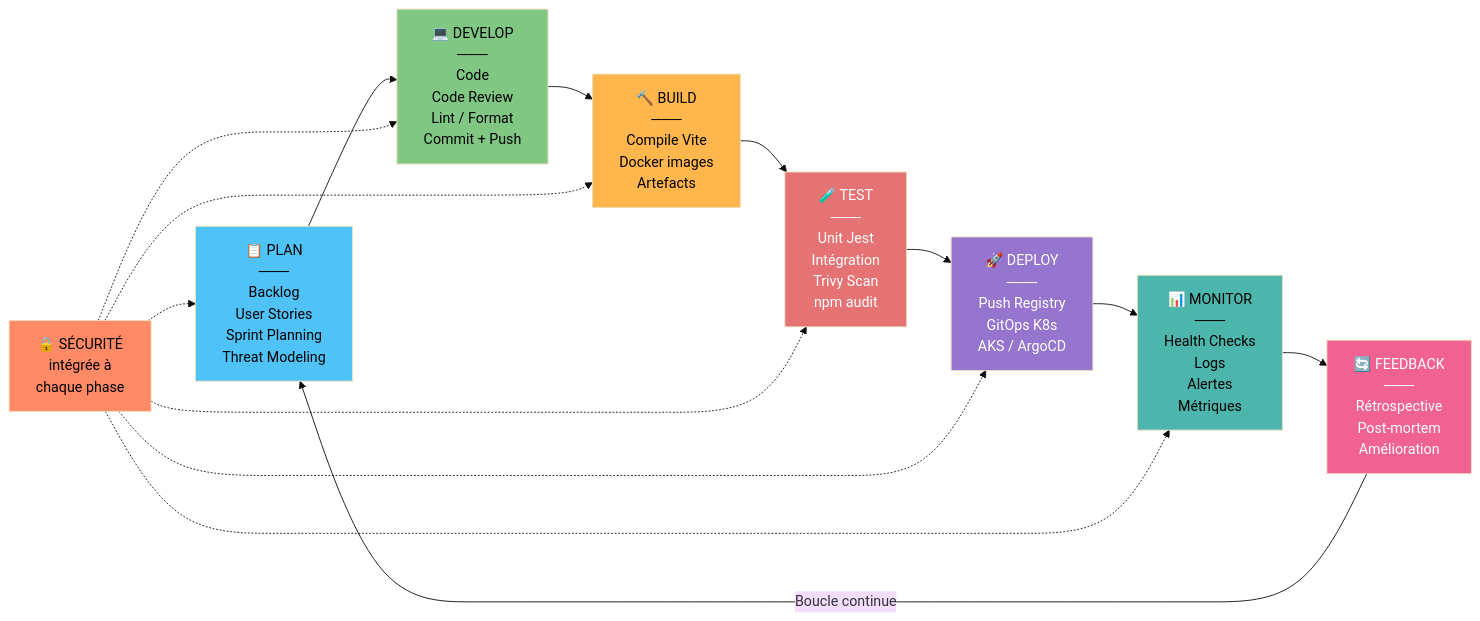
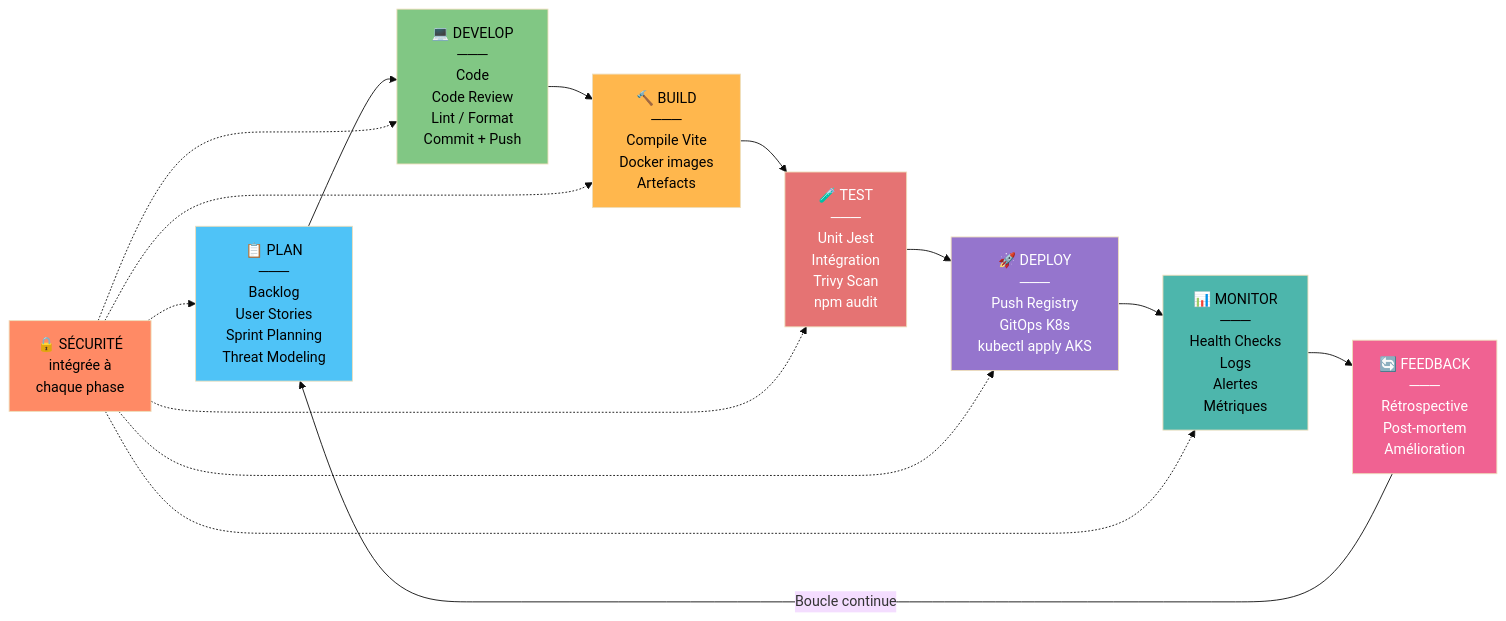
One commit to bamekakenang/collector-shop-full changed the third of 14 diagrams in SCHEMAS_MERMAID.md. Above: the diagram before and after it, drawn with Mermaid (base theme). The commit also changed other lines of this file, not shown here.

Commit message:
fix: remplacer ArgoCD par kubectl apply (reflète l'implémentation réelle)

````diff
--- a/SCHEMAS_MERMAID.md
+++ b/SCHEMAS_MERMAID.md
@@ -179,30 +179,30 @@
 ```mermaid
 graph LR
     PLAN["📋 PLAN<br/>───<br/>Backlog<br/>User Stories<br/>Sprint Planning<br/>Threat Modeling"]
     DEV["💻 DEVELOP<br/>───<br/>Code<br/>Code Review<br/>Lint / Format<br/>Commit + Push"]
     BUILD["🔨 BUILD<br/>───<br/>Compile Vite<br/>Docker images<br/>Artefacts"]
     TEST["🧪 TEST<br/>───<br/>Unit Jest<br/>Intégration<br/>Trivy Scan<br/>npm audit"]
-    DEPLOY["🚀 DEPLOY<br/>───<br/>Push Registry<br/>GitOps K8s<br/>AKS / ArgoCD"]
+    DEPLOY["🚀 DEPLOY<br/>───<br/>Push Registry<br/>GitOps K8s<br/>kubectl apply AKS"]
     MONITOR["📊 MONITOR<br/>───<br/>Health Checks<br/>Logs<br/>Alertes<br/>Métriques"]
     FEEDBACK["🔄 FEEDBACK<br/>───<br/>Rétrospective<br/>Post-mortem<br/>Amélioration"]
 
     PLAN --> DEV --> BUILD --> TEST --> DEPLOY --> MONITOR --> FEEDBACK
     FEEDBACK -->|"Boucle continue"| PLAN
 
     SEC["🔒 SÉCURITÉ<br/>intégrée à<br/>chaque phase"]
     SEC -.-> PLAN
     SEC -.-> DEV
     SEC -.-> BUILD
     SEC -.-> TEST
     SEC -.-> DEPLOY
     SEC -.-> MONITOR
 
     style PLAN fill:#4fc3f7,color:#000
     style DEV fill:#81c784,color:#000
     style BUILD fill:#ffb74d,color:#000
     style TEST fill:#e57373,color:#fff
     style DEPLOY fill:#9575cd,color:#fff
     style MONITOR fill:#4db6ac,color:#000
     style FEEDBACK fill:#f06292,color:#fff
     style SEC fill:#ff8a65,color:#000
 ```
````
